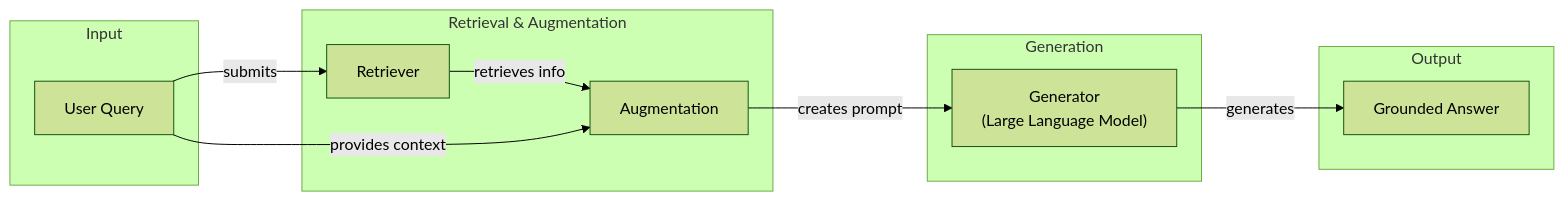
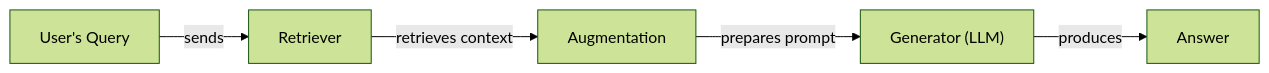
The first of 4 diagrams in RL_researcher_writer_ymaxing/rl_training_data/noise_experiment/09_RAG__var_standard__replicate1__preset5/article.md (YMaXing/Research-Agent-reinforced-by-RL), drawn with Mermaid (forest theme) before and after one commit. The commit also changed other lines of this file and 4528 other files, not shown here.

````diff
--- a/RL_researcher_writer_ymaxing/rl_training_data/noise_experiment/09_RAG__var_standard__replicate1__preset5/article.md
+++ b/RL_researcher_writer_ymaxing/rl_training_data/noise_experiment/09_RAG__var_standard__replicate1__preset5/article.md
@@ -31,30 +23,12 @@
 ```mermaid
 flowchart LR
-  %% Input
-  subgraph Input
-    UQ["User Query"]
-  end
+  UserQuery["User's Query"]
+  Retriever["Retriever"]
+  Augmentation["Augmentation"]
+  Generator["Generator (LLM)"]
 
-  %% Retrieval and Context Building
-  subgraph "Retrieval & Augmentation"
-    R["Retriever"]
-    A["Augmentation"]
-  end
-
-  %% Generation
-  subgraph Generation
-    G["Generator<br/>(Large Language Model)"]
-  end
-
-  %% Output
-  subgraph Output
-    GA["Grounded Answer"]
-  end
-
-  %% Primary data flows
-  UQ -- "submits" --> R
-  R -- "retrieves info" --> A
-  UQ -- "provides context" --> A
-  A -- "creates prompt" --> G
-  G -- "generates" --> GA
+  UserQuery -- "sends" --> Retriever
+  Retriever -- "retrieves context" --> Augmentation
+  Augmentation -- "prepares prompt" --> Generator
+  Generator -- "produces" --> Answer["Answer"]
 ```
````
